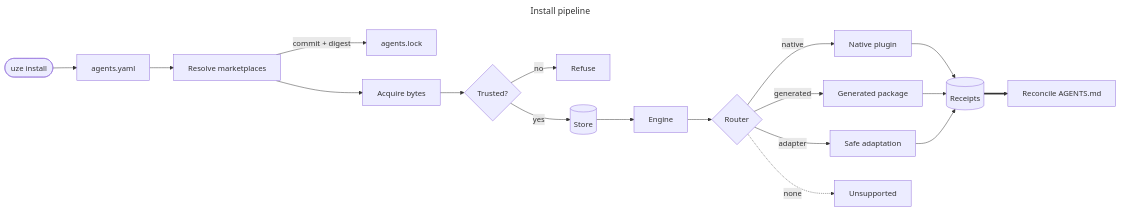
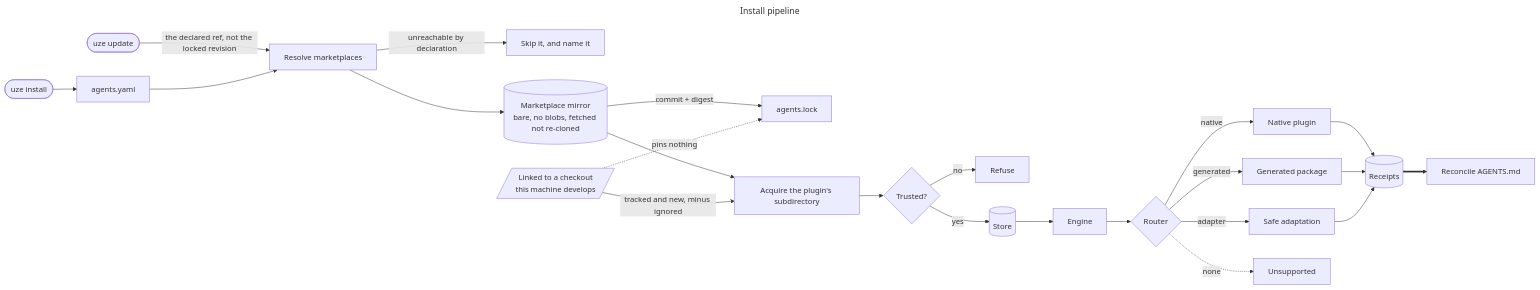
One commit to hiukky/uze changed the diagram in docs/architecture/install-pipeline.mmd. Above: the diagram before and after it, drawn with Mermaid. The commit also changed 50 other files, not shown here.

First line of the commit message:
feat(plugins): report installed freshness against the marketplace mirror (#88)

```diff
--- a/docs/architecture/install-pipeline.mmd
+++ b/docs/architecture/install-pipeline.mmd
@@ -1,19 +1,24 @@
 ---
 title: Install pipeline
 ---
 flowchart LR
   install([uze install]) --> manifest[agents.yaml]
+  update([uze update]) -->|the declared ref, not the locked revision| resolve
   manifest --> resolve[Resolve marketplaces]
-  resolve -->|commit + digest| lock[agents.lock]
-  resolve --> acquire[Acquire bytes]
+  resolve -->|unreachable by declaration| skip[Skip it, and name it]
+  resolve --> mirror[(Marketplace mirror<br/>bare, no blobs, fetched not re-cloned)]
+  mirror -->|commit + digest| lock[agents.lock]
+  mirror --> acquire[Acquire the plugin's subdirectory]
+  linked[/Linked to a checkout<br/>this machine develops/] -->|tracked and new, minus ignored| acquire
+  linked -.->|pins nothing| lock
   acquire --> trust{Trusted?}
   trust -- no --> refuse[Refuse]
   trust -- yes --> store[(Store)]
   store --> engine[Engine]
   engine --> router{Router}
   router -->|native| native[Native plugin]
   router -->|generated| generated[Generated package]
   router -->|adapter| adapter[Safe adaptation]
   router -.->|none| unsupported[Unsupported]
   native & generated & adapter --> receipts[(Receipts)]
   receipts ==> context[Reconcile AGENTS.md]
```
